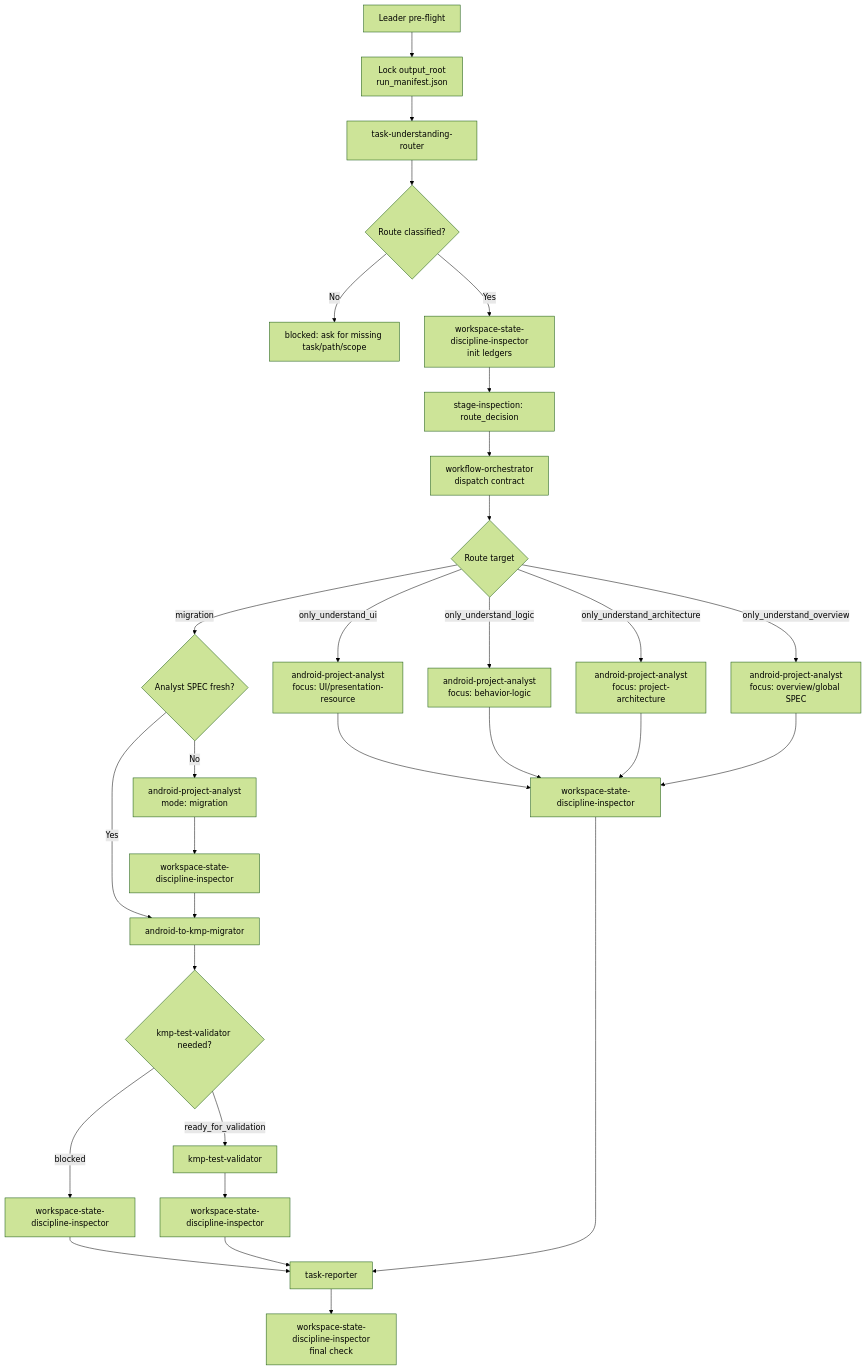
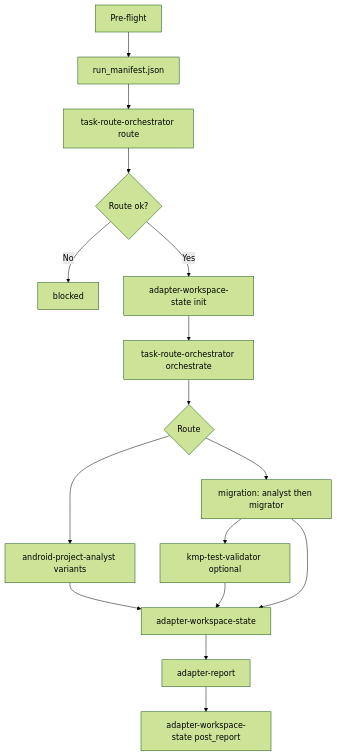
One commit to winson-AI/CodeAgent-exp changed the diagram in claude-code-plugins/kmp-migration/skills/migration-task-adapter/workflow.md. Above: the diagram before and after it, drawn with Mermaid (forest theme). The commit also changed other lines of this file and 10 other files, not shown here.

Commit message:
refine the task orchestrate

````diff
--- a/claude-code-plugins/kmp-migration/skills/migration-task-adapter/workflow.md
+++ b/claude-code-plugins/kmp-migration/skills/migration-task-adapter/workflow.md
@@ -7,32 +7,18 @@
 ```mermaid
 graph TD
-  L0[Leader pre-flight] --> ROOT[Lock output_root<br/>run_manifest.json]
-  ROOT --> TUR[task-understanding-router]
-  TUR --> G0{Route classified?}
-  G0 -- No --> STOP[blocked: ask for missing task/path/scope]
-  G0 -- Yes --> WSI0[workspace-state-discipline-inspector<br/>init ledgers]
-  WSI0 --> ST1[stage-inspection: route_decision]
-  ST1 --> WO[workflow-orchestrator<br/>dispatch contract]
-  WO --> G1{Route target}
-  G1 -- only_understand_ui --> APA_UI[android-project-analyst<br/>focus: UI/presentation-resource]
-  G1 -- only_understand_logic --> APA_LOGIC[android-project-analyst<br/>focus: behavior-logic]
-  G1 -- only_understand_architecture --> APA_ARCH[android-project-analyst<br/>focus: project-architecture]
-  G1 -- only_understand_overview --> APA_OV[android-project-analyst<br/>focus: overview/global SPEC]
-  G1 -- migration --> MIG_PREP{Analyst SPEC fresh?}
-  MIG_PREP -- No --> APA_MIG[android-project-analyst<br/>mode: migration]
-  MIG_PREP -- Yes --> ATM[android-to-kmp-migrator]
-  APA_MIG --> WSI_A[workspace-state-discipline-inspector]
-  WSI_A --> ATM
-  ATM --> KV{kmp-test-validator needed?}
-  KV -- ready_for_validation --> KTV[kmp-test-validator]
-  KV -- blocked --> WSI_M[workspace-state-discipline-inspector]
-  KTV --> WSI_V[workspace-state-discipline-inspector]
-  APA_UI --> WSI_D[workspace-state-discipline-inspector]
-  APA_LOGIC --> WSI_D
-  APA_ARCH --> WSI_D
-  APA_OV --> WSI_D
-  WSI_M --> TR[task-reporter]
-  WSI_V --> TR
-  WSI_D --> TR
-  TR --> WSI_FINAL[workspace-state-discipline-inspector<br/>final check]
+  L0[Pre-flight] --> ROOT[run_manifest.json]
+  ROOT --> TRO_R[task-route-orchestrator route]
+  TRO_R --> G0{Route ok?}
+  G0 -- No --> STOP[blocked]
+  G0 -- Yes --> WS0[adapter-workspace-state init]
+  WS0 --> TRO_O[task-route-orchestrator orchestrate]
+  TRO_O --> G1{Route}
+  G1 --> APA[android-project-analyst variants]
+  G1 --> MIG[migration: analyst then migrator]
+  MIG --> KV[kmp-test-validator optional]
+  APA --> WS1[adapter-workspace-state]
+  KV --> WS1
+  MIG --> WS1
+  WS1 --> AR[adapter-report]
+  AR --> WS2[adapter-workspace-state post_report]
 ```
````
